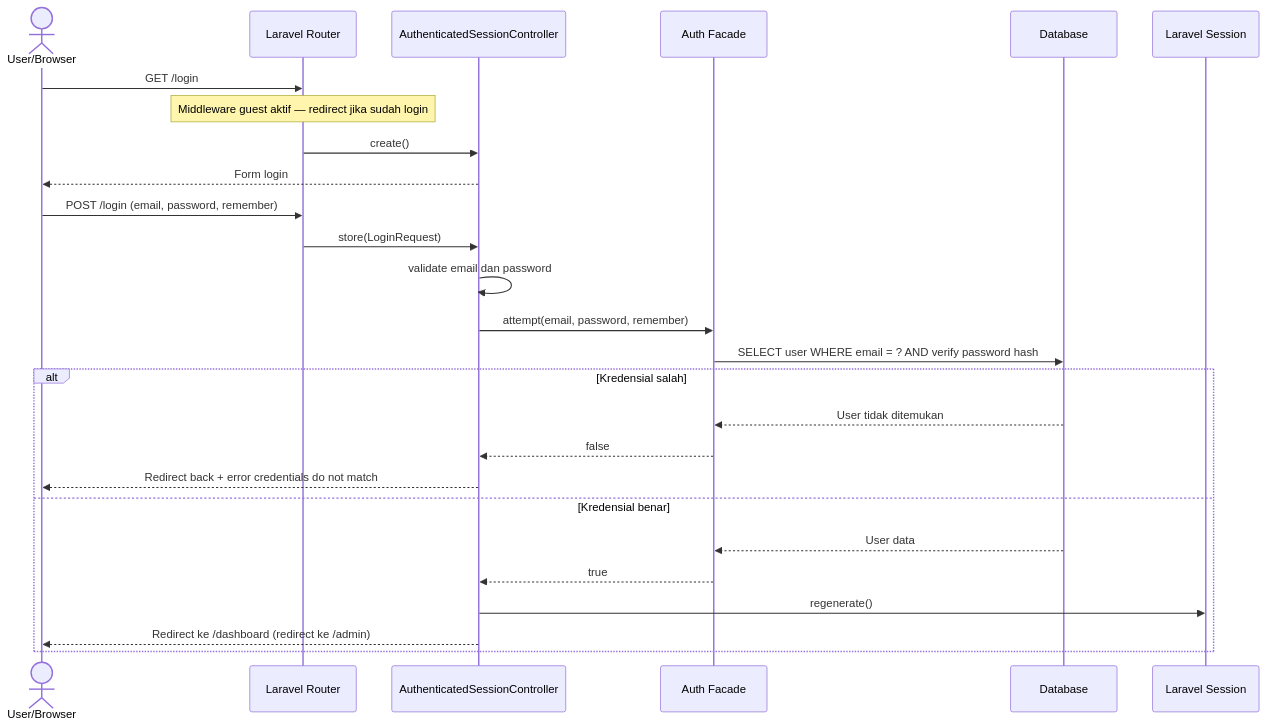
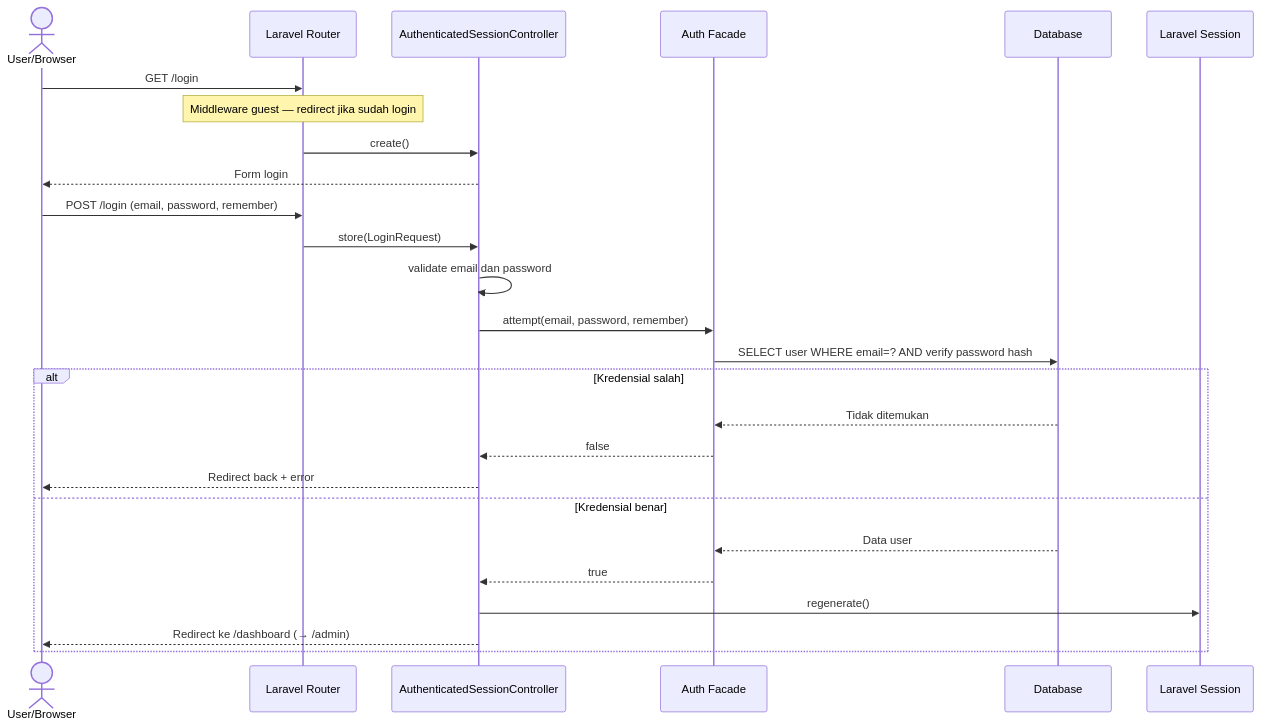
One commit to mustarisyahding07-spec/WEBSITE_SKRIPSI_MUSTARI changed the tenth of 17 diagrams in docs/SEQUENCE_DIAGRAM_DOKUMENTASI.md. Above: the diagram before and after it, drawn with Mermaid. The commit also changed other lines of this file, not shown here.

Commit message:
docs: perbarui penjelasan sequence diagram ke format paragraf akademik

````diff
--- a/docs/SEQUENCE_DIAGRAM_DOKUMENTASI.md
+++ b/docs/SEQUENCE_DIAGRAM_DOKUMENTASI.md
@@ -493,31 +426,30 @@
 ```mermaid
 sequenceDiagram
     actor User as User/Browser
     participant Router as Laravel Router
     participant ASC as AuthenticatedSessionController
     participant AuthFacade as Auth Facade
     participant DB as Database
     participant Session as Laravel Session
 
     User->>Router: GET /login
-    Note over Router: Middleware guest aktif — redirect jika sudah login
+    Note over Router: Middleware guest — redirect jika sudah login
     Router->>ASC: create()
     ASC-->>User: Form login
 
     User->>Router: POST /login (email, password, remember)
     Router->>ASC: store(LoginRequest)
     ASC->>ASC: validate email dan password
     ASC->>AuthFacade: attempt(email, password, remember)
-    AuthFacade->>DB: SELECT user WHERE email = ? AND verify password hash
-
+    AuthFacade->>DB: SELECT user WHERE email=? AND verify password hash
     alt Kredensial salah
-        DB-->>AuthFacade: User tidak ditemukan
+        DB-->>AuthFacade: Tidak ditemukan
         AuthFacade-->>ASC: false
-        ASC-->>User: Redirect back + error credentials do not match
+        ASC-->>User: Redirect back + error
     else Kredensial benar
-        DB-->>AuthFacade: User data
+        DB-->>AuthFacade: Data user
         AuthFacade-->>ASC: true
         ASC->>Session: regenerate()
-        ASC-->>User: Redirect ke /dashboard (redirect ke /admin)
+        ASC-->>User: Redirect ke /dashboard (→ /admin)
     end
 ```
````
